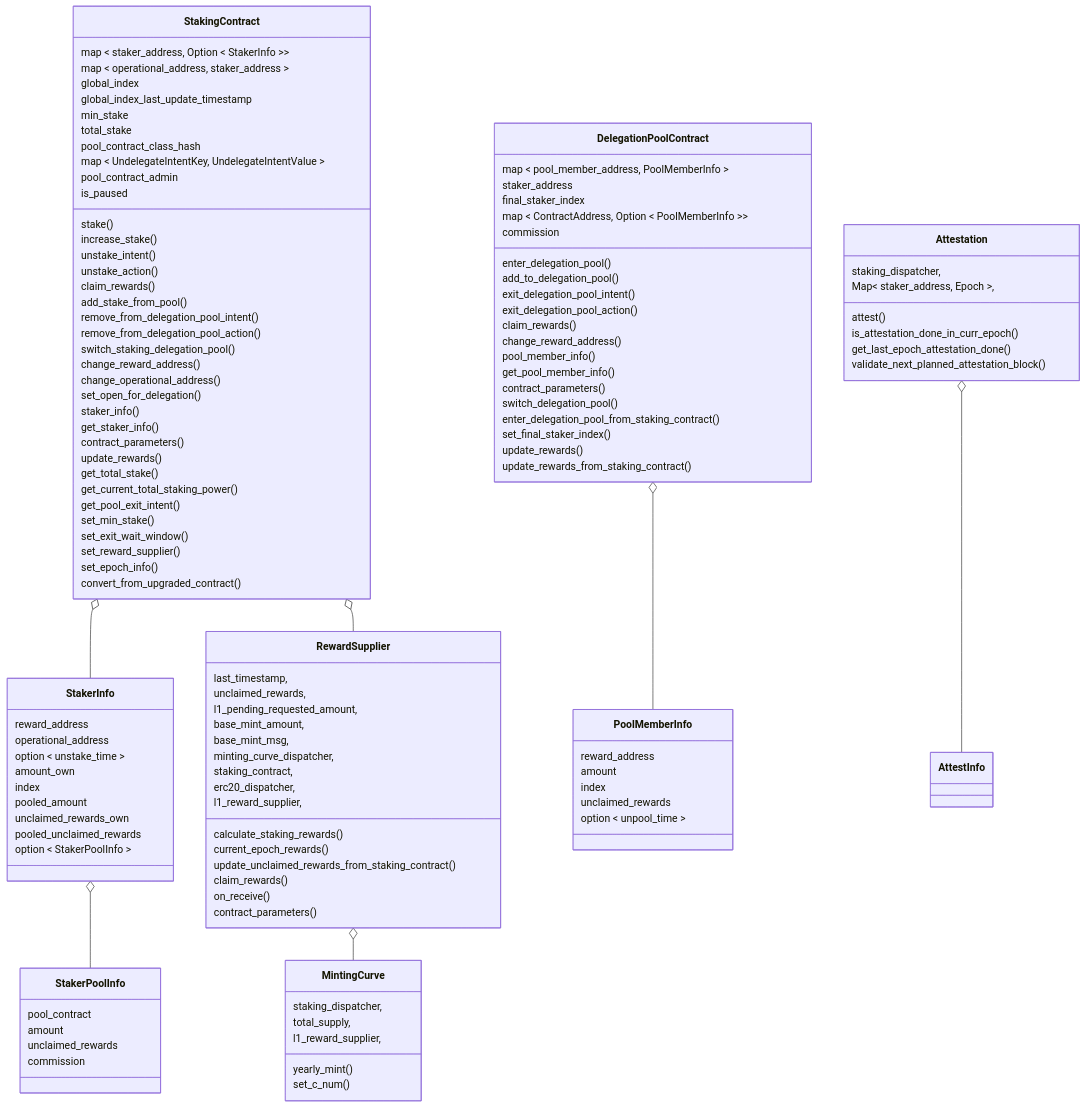
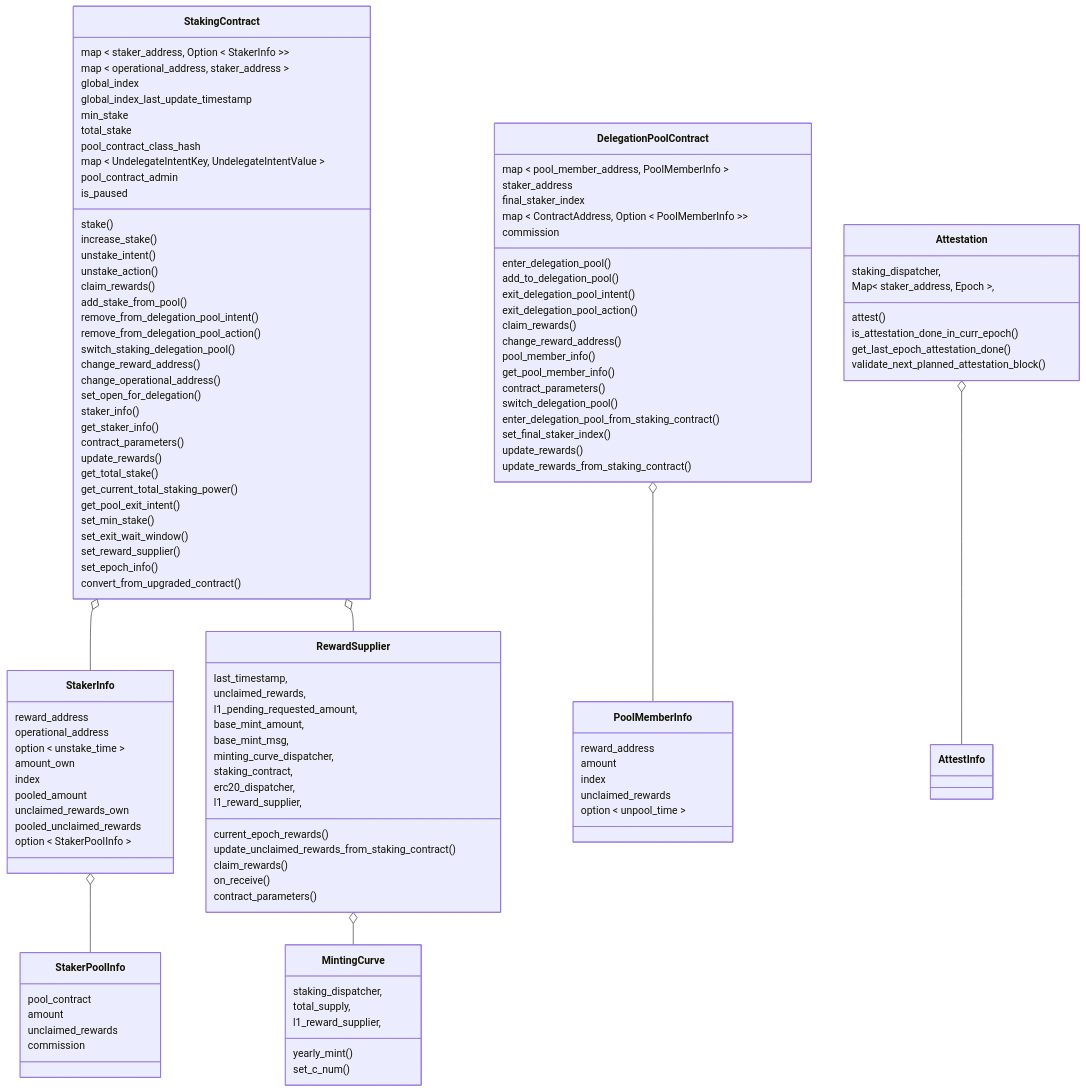
One commit to starkware-libs/starknet-staking changed the first of 8 diagrams in workspace/apps/staking/docs/spec.md. Above: the diagram before and after it, drawn with Mermaid. The commit also changed other lines of this file and 4 other files, not shown here.

Commit message:
feat(staking): remove old calc staking rewards (#3540)

```diff
--- a/workspace/apps/staking/docs/spec.md
+++ b/workspace/apps/staking/docs/spec.md
@@ -280,7 +279,6 @@
     staking_contract,
     erc20_dispatcher,
     l1_reward_supplier,
-    calculate_staking_rewards()
     current_epoch_rewards()
     update_unclaimed_rewards_from_staking_contract()
     claim_rewards()
```
